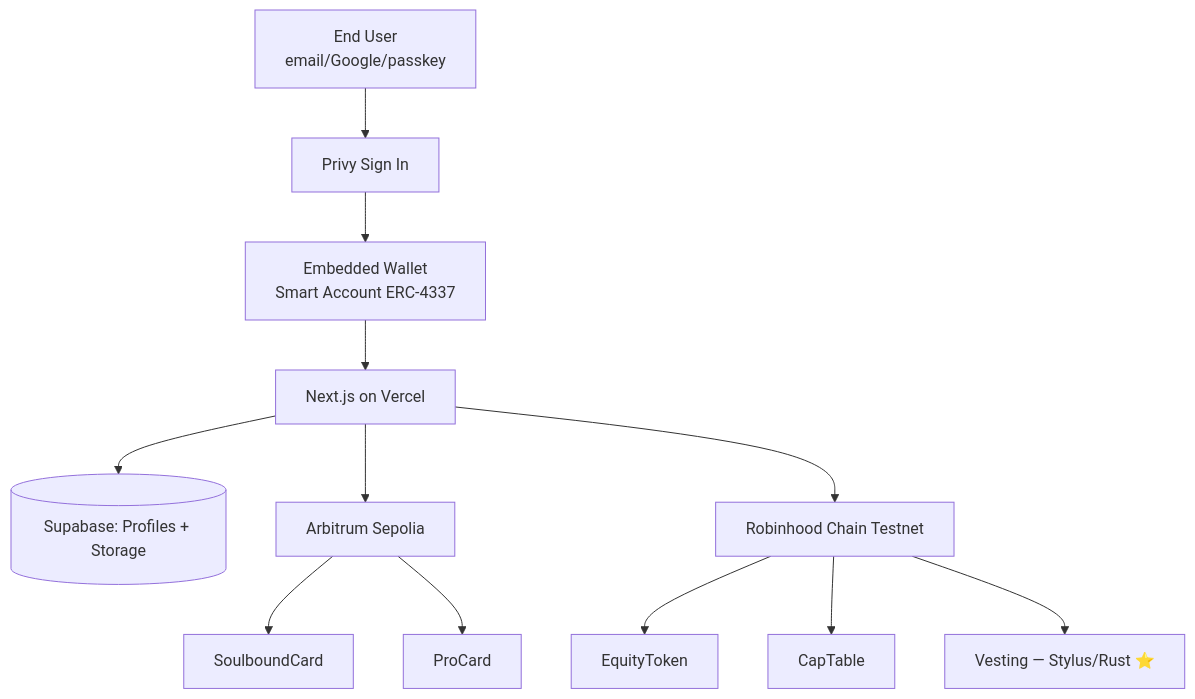
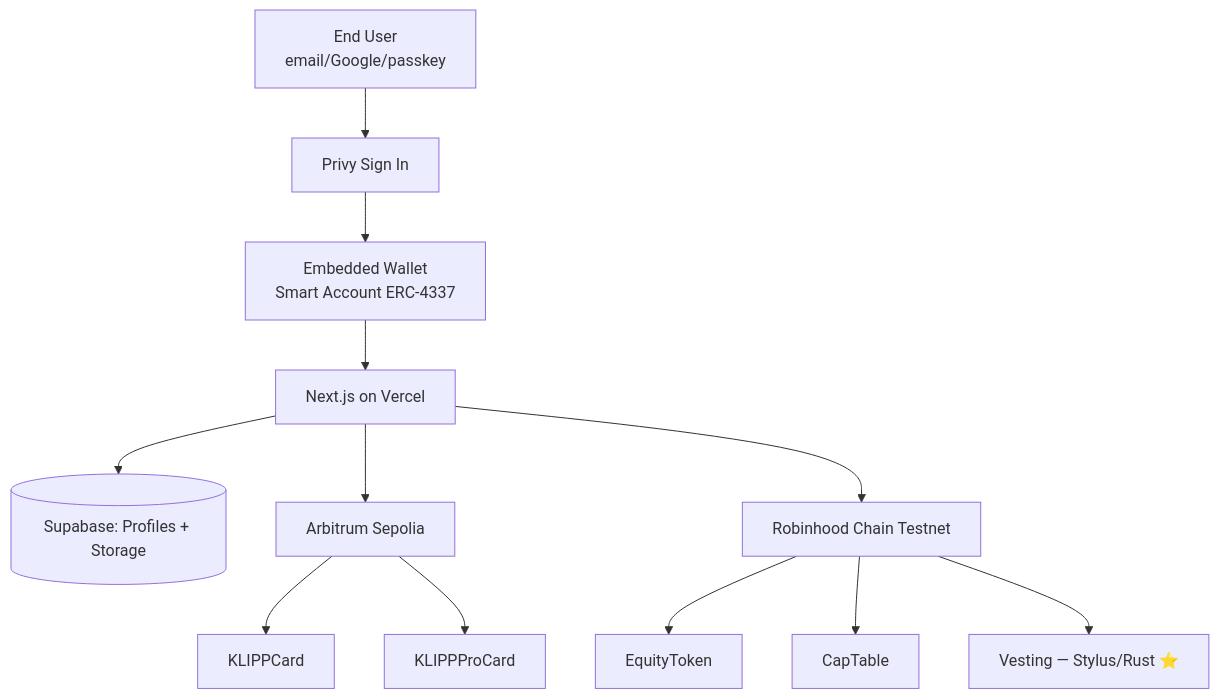
One commit to yellowwhalelabs/klipp changed the diagram in README.md. Above: the diagram before and after it, drawn with Mermaid. The commit also changed other lines of this file and 10 other files, not shown here.

First line of the commit message:
deploy KLIPPCard + KLIPPProCard to Arbitrum Sepolia (chain 421614)

````diff
--- a/README.md
+++ b/README.md
@@ -80,14 +80,14 @@
 ```mermaid
 graph TB
     User[End User\nemail/Google/passkey] --> SignIn[Privy Sign In]
     SignIn --> Wallet[Embedded Wallet\nSmart Account ERC-4337]
     Wallet --> Frontend[Next.js on Vercel]
     Frontend --> Supabase[(Supabase: Profiles + Storage)]
     Frontend --> ArbSepolia[Arbitrum Sepolia]
     Frontend --> RobinhoodChain[Robinhood Chain Testnet]
-    ArbSepolia --> SC1[SoulboundCard]
-    ArbSepolia --> SC2[ProCard]
+    ArbSepolia --> SC1[KLIPPCard]
+    ArbSepolia --> SC2[KLIPPProCard]
     RobinhoodChain --> SC3[EquityToken]
     RobinhoodChain --> SC4[CapTable]
     RobinhoodChain --> SC5[Vesting — Stylus/Rust ⭐]
 ```
````
